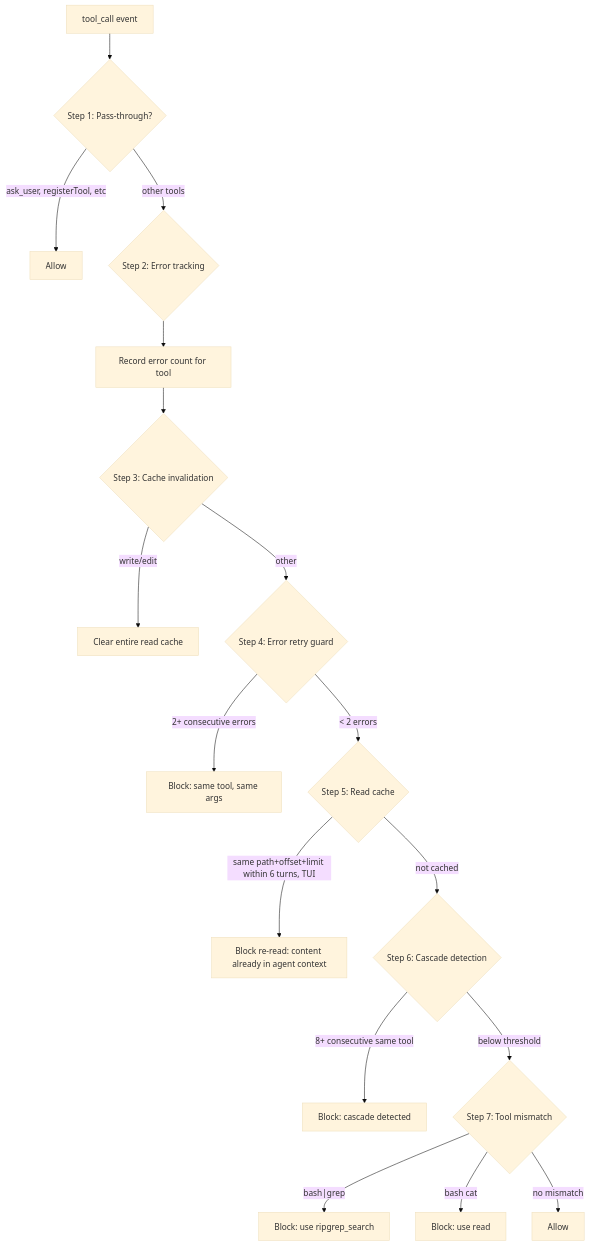
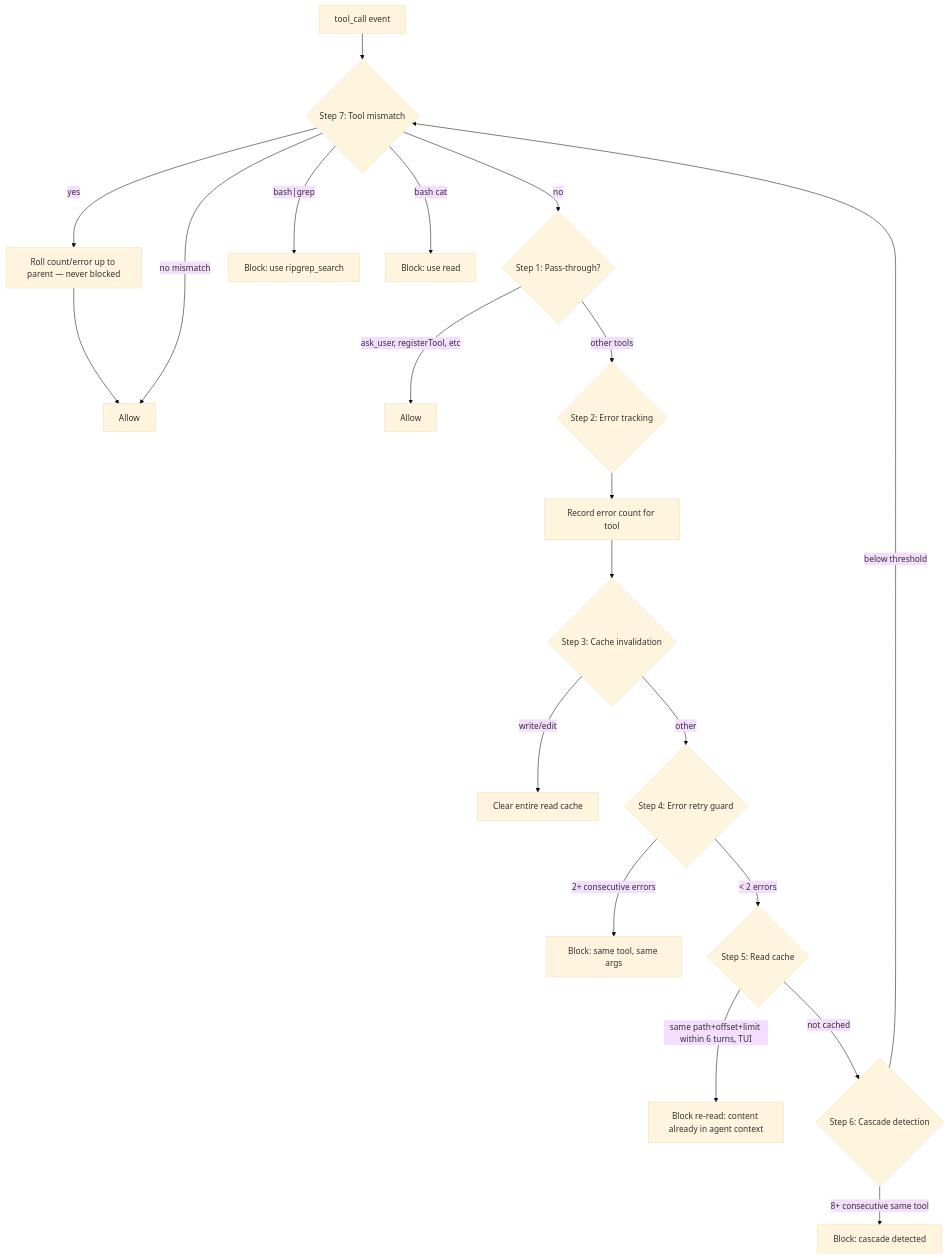
Before and after one commit to SchneiderDaniel/cheasee-pi: the diagram in docs/extensions/agent-harness.md, drawn with Mermaid (base theme). The commit also changed other lines of this file and 12 other files, not shown here.

````diff
--- a/docs/extensions/agent-harness.md
+++ b/docs/extensions/agent-harness.md
@@ -41,19 +42,23 @@
 ```mermaid
 flowchart TD
-    A[tool_call event] --> B{Step 1: Pass-through?}
+    A[tool_call event] --> N{Step 0.5: Nested call?
+parentToolCallId set}
+    N -- yes --> N2[Roll count/error up to parent — never blocked]
+    N2 --> Q
+    N -- no --> B{Step 1: Pass-through?}
     B -- ask_user, registerTool, etc --> C[Allow]
     B -- other tools --> D{Step 2: Error tracking}
     D --> E[Record error count for tool]
     E --> F{Step 3: Cache invalidation}
     F -- write/edit --> G[Clear entire read cache]
     F -- other --> H{Step 4: Error retry guard}
     H -- 2+ consecutive errors --> I[Block: same tool, same args]
     H -- < 2 errors --> J{Step 5: Read cache}
     J -- same path+offset+limit within 6 turns, TUI --> K[Block re-read: content already in agent context]
     J -- not cached --> L{Step 6: Cascade detection}
     L -- 8+ consecutive same tool --> M[Block: cascade detected]
     L -- below threshold --> N{Step 7: Tool mismatch}
     N -- bash|grep --> O[Block: use ripgrep_search]
     N -- bash cat --> P[Block: use read]
     N -- no mismatch --> Q[Allow]
 ```
````
